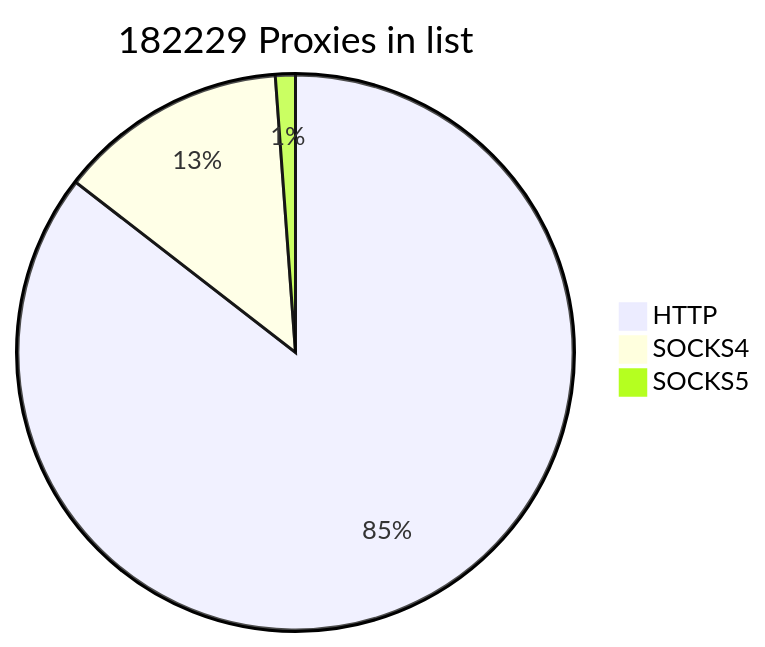
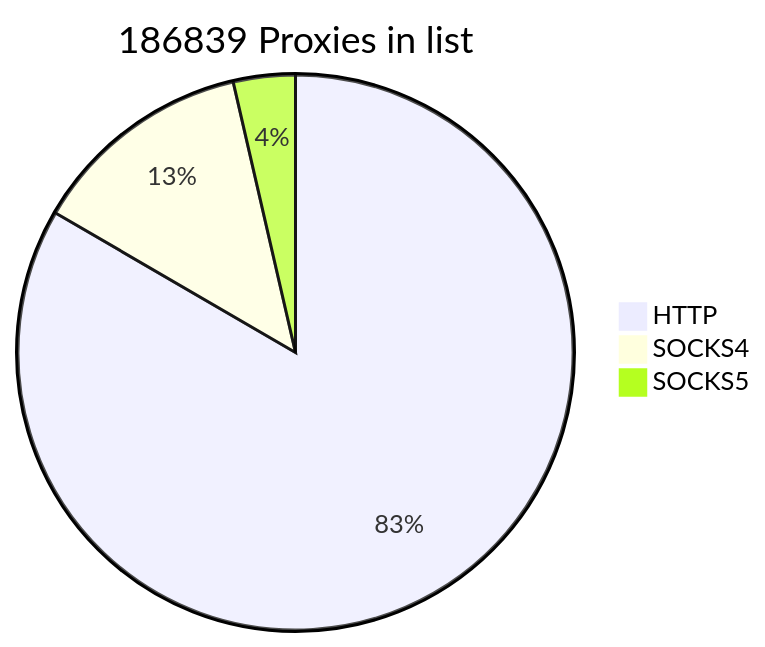
One commit to cutipu/proxylist changed the first of 2 diagrams in README.md. Above: the diagram before and after it, drawn with Mermaid. The commit also changed other lines of this file, not shown here.

````diff
--- a/README.md
+++ b/README.md
@@ -2,7 +2,7 @@
 ```mermaid
-pie title 182229 Proxies in list
+pie title 186839 Proxies in list
     "HTTP" : 155797
-    "SOCKS4" : 24315
-    "SOCKS5" : 2117
+    "SOCKS4" : 24312
+    "SOCKS5" : 6730
             
 ```
````
